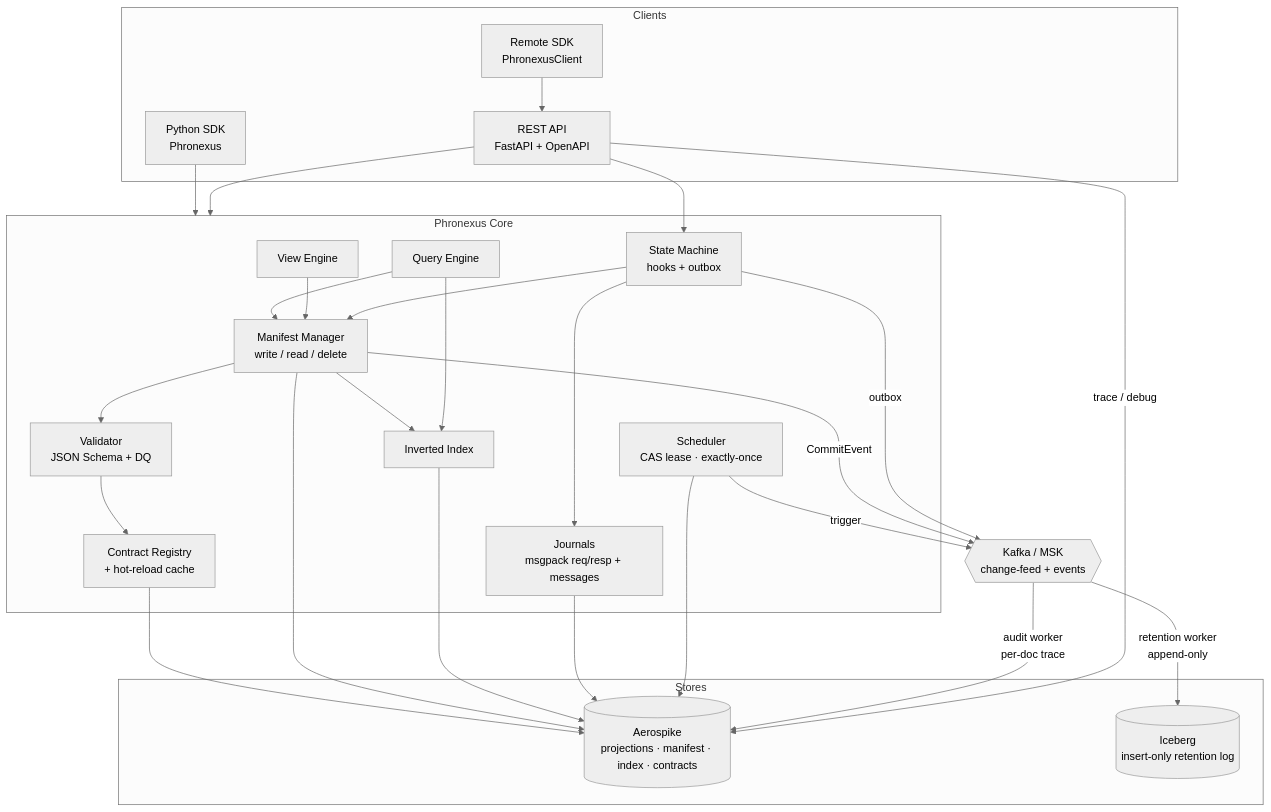
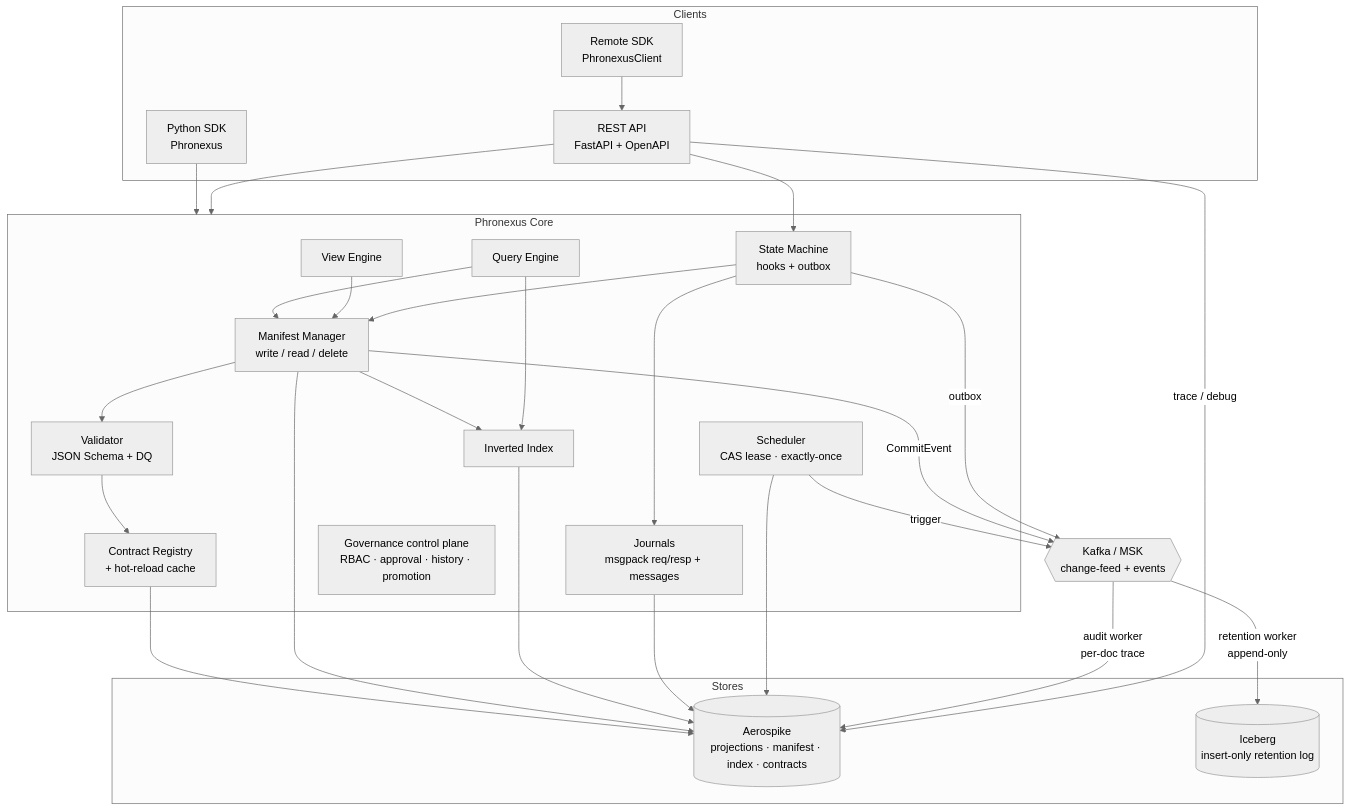
One commit to shubham3582/test changed the first of 3 diagrams in docs/architecture.md. Above: the diagram before and after it, drawn with Mermaid (neutral theme). The commit also changed other lines of this file and 5 other files, not shown here.

````diff
--- a/docs/architecture.md
+++ b/docs/architecture.md
@@ -12,49 +12,50 @@
 ```mermaid
 flowchart TB
     subgraph clients[Clients]
       SDKp[Python SDK<br/>Phronexus]
       SDKr[Remote SDK<br/>PhronexusClient]
       REST[REST API<br/>FastAPI + OpenAPI]
     end
 
     subgraph core[Phronexus Core]
       REG[Contract Registry<br/>+ hot-reload cache]
       VAL[Validator<br/>JSON Schema + DQ]
       MAN[Manifest Manager<br/>write / read / delete]
       IDX[Inverted Index]
       QRY[Query Engine]
       VIEW[View Engine]
       SM[State Machine<br/>hooks + outbox]
       SCH[Scheduler<br/>CAS lease · exactly-once]
       JRN[Journals<br/>msgpack req/resp + messages]
+      GOV[Governance control plane<br/>RBAC · approval · history · promotion]
     end
 
     subgraph stores[Stores]
       AERO[(Aerospike<br/>projections · manifest · index · contracts)]
       ICE[(Iceberg<br/>insert-only retention log)]
     end
 
     KAFKA{{Kafka / MSK<br/>change-feed + events}}
 
     SDKp --> core
     SDKr --> REST --> core
     REST --> SM
 
     REG --> AERO
     VAL --> REG
     MAN --> VAL
     MAN --> AERO
     MAN --> IDX --> AERO
     QRY --> IDX
     QRY --> MAN
     VIEW --> MAN
     SM --> MAN
     SM --> JRN --> AERO
     SCH --> AERO
     SCH -- trigger --> KAFKA
     MAN -- CommitEvent --> KAFKA
     SM -- outbox --> KAFKA
     KAFKA -- retention worker<br/>append-only --> ICE
     KAFKA -- audit worker<br/>per-doc trace --> AERO
     REST -- trace / debug --> AERO
 ```
````
